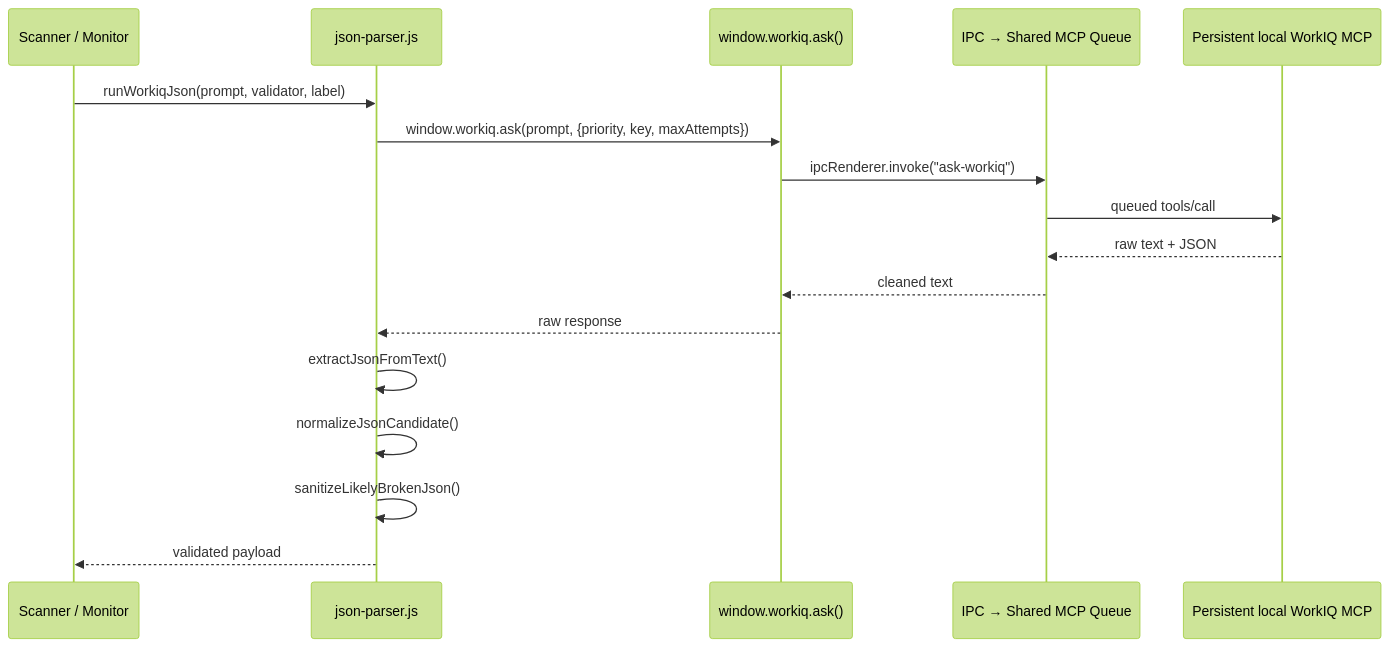
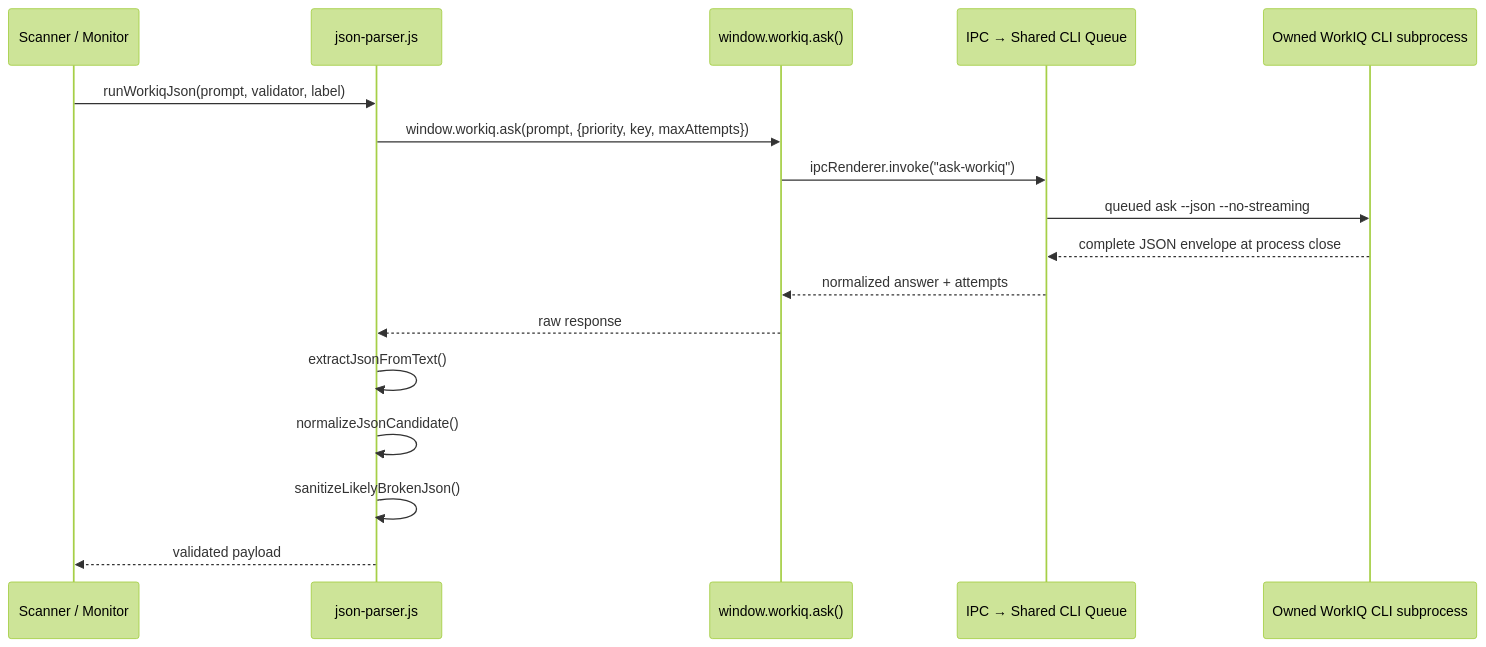
One commit to kpoineal/FlightDeck changed the fourth of 7 diagrams in docs/architecture.md. Above: the diagram before and after it, drawn with Mermaid (forest theme). The commit also changed other lines of this file and 37 other files, not shown here.

Commit message:
fix: stabilize WorkIQ CLI, local saves, and Radar workspace

````diff
--- a/docs/architecture.md
+++ b/docs/architecture.md
@@ -326,20 +331,20 @@
 ```mermaid
 sequenceDiagram
   participant Engine as Scanner / Monitor
   participant JP as json-parser.js
   participant WIQ as window.workiq.ask()
-  participant IPC as IPC → Shared MCP Queue
-  participant CLI as Persistent local WorkIQ MCP
+  participant IPC as IPC → Shared CLI Queue
+  participant SERVER as Owned WorkIQ CLI subprocess
 
   Engine->>JP: runWorkiqJson(prompt, validator, label)
   JP->>WIQ: window.workiq.ask(prompt, {priority, key, maxAttempts})
   WIQ->>IPC: ipcRenderer.invoke("ask-workiq")
-  IPC->>CLI: queued tools/call
-  CLI-->>IPC: raw text + JSON
-  IPC-->>WIQ: cleaned text
+  IPC->>SERVER: queued ask --json --no-streaming
+  SERVER-->>IPC: complete JSON envelope at process close
+  IPC-->>WIQ: normalized answer + attempts
   WIQ-->>JP: raw response
   JP->>JP: extractJsonFromText()
   JP->>JP: normalizeJsonCandidate()
   JP->>JP: sanitizeLikelyBrokenJson()
   JP-->>Engine: validated payload
 ```
````
